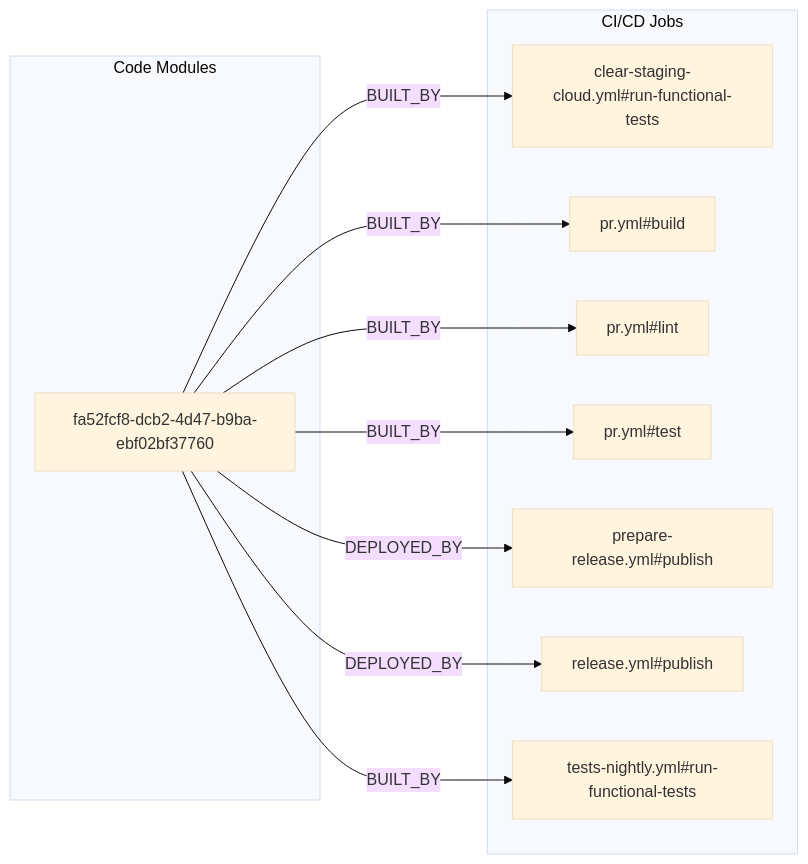
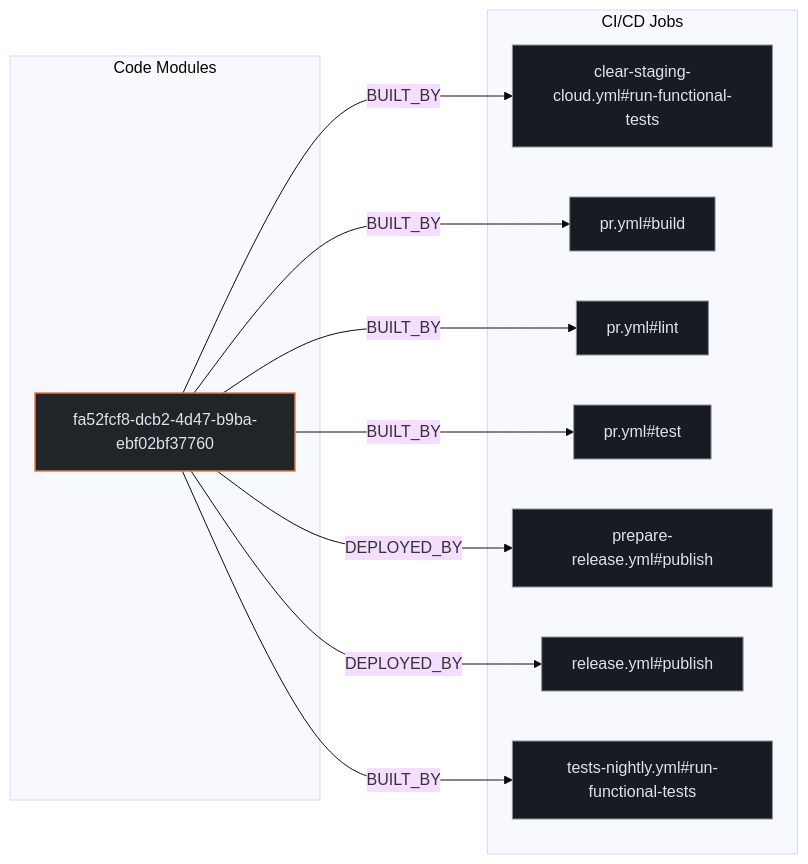
Before and after one commit to kumarshaz/atruss-code-atlas: the second of 3 diagrams in exports/latest/reports/saleor-cli-report.md, drawn with Mermaid (base theme). The commit also changed other lines of this file and 331 other files, not shown here.

Commit message:
docs,ui,fix: update SDLC docs, reorder CI/CD DAG first, stylize Mermaid, and fix Arc42 pipeline topology

````diff
--- a/exports/latest/reports/saleor-cli-report.md
+++ b/exports/latest/reports/saleor-cli-report.md
@@ -111,22 +118,26 @@
 ```mermaid
 flowchart LR
+    classDef atlasCategory fill:#212428,stroke:#E87A48,stroke-width:1.5px,color:#dfe3eb
+    classDef atlasWorkflow fill:#1b2026,stroke:#a3c9ff,stroke-width:1.5px,color:#dfe3eb
+    classDef atlasJob fill:#171c22,stroke:#8d9199,stroke-width:1px,color:#dfe3eb
+    classDef atlasTarget fill:#005227,stroke:#8bd99b,stroke-width:1.5px,color:#a7f6b6
     subgraph code_modules["Code Modules"]
-        mod_fa52fcf8_dcb2_4d47_b9ba_ebf02bf37760["fa52fcf8-dcb2-4d47-b9ba-ebf02bf37760"]
+        mod_fa52fcf8_dcb2_4d47_b9ba_ebf02bf37760["fa52fcf8-dcb2-4d47-b9ba-ebf02bf37760"]:::atlasCategory
     end
     subgraph ci_jobs["CI/CD Jobs"]
-        job_clear_staging_cloud_yml_run_functional_tests["clear-staging-cloud.yml#run-functional-tests"]
-        job_pr_yml_build["pr.yml#build"]
-        job_pr_yml_lint["pr.yml#lint"]
-        job_pr_yml_test["pr.yml#test"]
-        job_prepare_release_yml_publish["prepare-release.yml#publish"]
-        job_release_yml_publish["release.yml#publish"]
-        job_tests_nightly_yml_run_functional_tests["tests-nightly.yml#run-functional-tests"]
+        job_clear_staging_cloud_yml_run_functional_tests["clear-staging-cloud.yml#run-functional-tests"]:::atlasJob
+        job_pr_yml_build["pr.yml#build"]:::atlasJob
+        job_pr_yml_lint["pr.yml#lint"]:::atlasJob
+        job_pr_yml_test["pr.yml#test"]:::atlasJob
+        job_prepare_release_yml_publish["prepare-release.yml#publish"]:::atlasJob
+        job_release_yml_publish["release.yml#publish"]:::atlasJob
+        job_tests_nightly_yml_run_functional_tests["tests-nightly.yml#run-functional-tests"]:::atlasJob
     end
     mod_fa52fcf8_dcb2_4d47_b9ba_ebf02bf37760 -->|BUILT_BY| job_clear_staging_cloud_yml_run_functional_tests
     mod_fa52fcf8_dcb2_4d47_b9ba_ebf02bf37760 -->|BUILT_BY| job_pr_yml_build
     mod_fa52fcf8_dcb2_4d47_b9ba_ebf02bf37760 -->|BUILT_BY| job_pr_yml_lint
     mod_fa52fcf8_dcb2_4d47_b9ba_ebf02bf37760 -->|BUILT_BY| job_pr_yml_test
     mod_fa52fcf8_dcb2_4d47_b9ba_ebf02bf37760 -->|BUILT_BY| job_tests_nightly_yml_run_functional_tests
     mod_fa52fcf8_dcb2_4d47_b9ba_ebf02bf37760 -->|DEPLOYED_BY| job_prepare_release_yml_publish
     mod_fa52fcf8_dcb2_4d47_b9ba_ebf02bf37760 -->|DEPLOYED_BY| job_release_yml_publish
 ```
````
